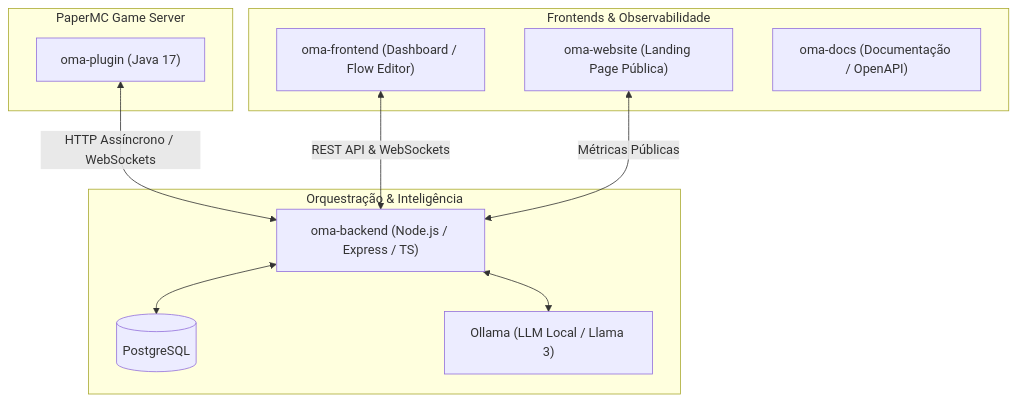
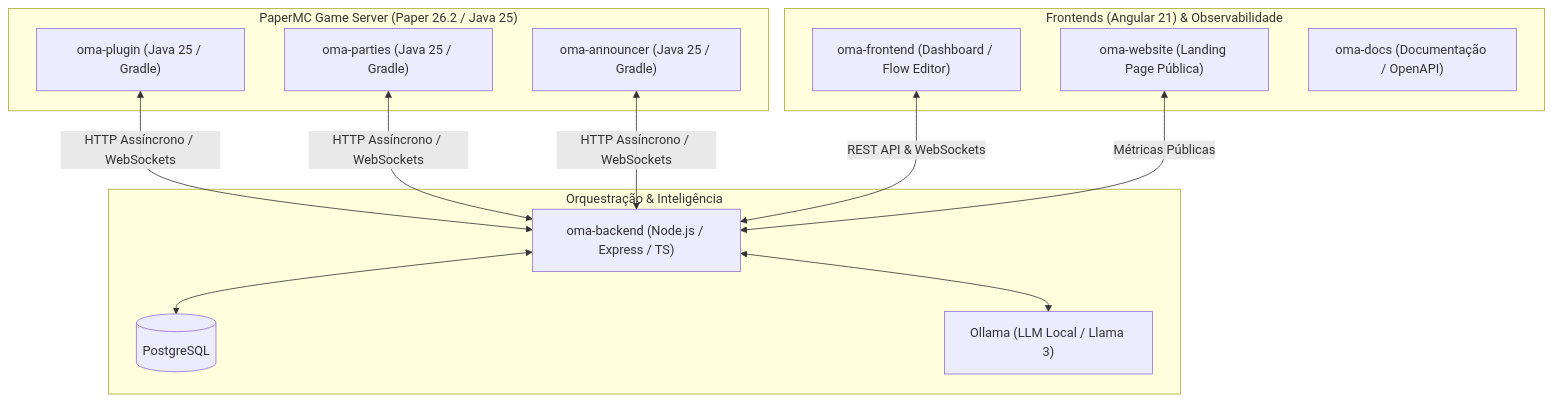
One commit to OMA-Ecosystem/.github changed the diagram in profile/README.md. Above: the diagram before and after it, drawn with Mermaid. The commit also changed other lines of this file, not shown here.

Commit message:
docs(profile): update ecosystem architecture and modules to Java 25 and Angular 21

````diff
--- a/profile/README.md
+++ b/profile/README.md
@@ -10,25 +10,29 @@
 ```mermaid
 flowchart TD
-    subgraph Minecraft ["PaperMC Game Server"]
-        Plugin["oma-plugin (Java 17)"]
+    subgraph Minecraft ["PaperMC Game Server (Paper 26.2 / Java 25)"]
+        Plugin["oma-plugin (Java 25 / Gradle)"]
+        Parties["oma-parties (Java 25 / Gradle)"]
+        Announcer["oma-announcer (Java 25 / Gradle)"]
     end
 
     subgraph Core ["Orquestração & Inteligência"]
         API["oma-backend (Node.js / Express / TS)"]
         DB[("PostgreSQL")]
         AI["Ollama (LLM Local / Llama 3)"]
     end
 
-    subgraph Web ["Frontends & Observabilidade"]
+    subgraph Web ["Frontends (Angular 21) & Observabilidade"]
         Admin["oma-frontend (Dashboard / Flow Editor)"]
         WebPage["oma-website (Landing Page Pública)"]
         Docs["oma-docs (Documentação / OpenAPI)"]
     end
 
     Plugin <-->|"HTTP Assíncrono / WebSockets"| API
+    Parties <-->|"HTTP Assíncrono / WebSockets"| API
+    Announcer <-->|"HTTP Assíncrono / WebSockets"| API
     API <--> DB
     API <--> AI
     Admin <-->|"REST API & WebSockets"| API
     WebPage <-->|"Métricas Públicas"| API
 
 ```
````
